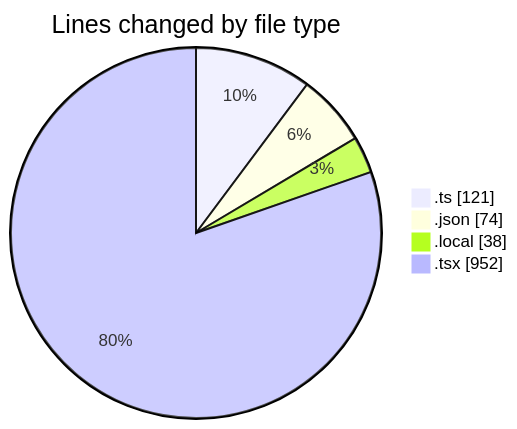
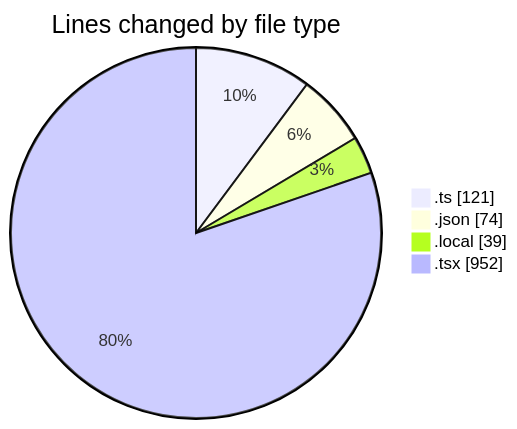
Before and after one commit to julien-gomy/code-tracking: the first of 2 diagrams in 2025-10-23/frontend-cms/README.md, drawn with Mermaid. The commit also changed other lines of this file and 1 other file, not shown here.

````diff
--- a/2025-10-23/frontend-cms/README.md
+++ b/2025-10-23/frontend-cms/README.md
@@ -25,8 +25,8 @@
 ```mermaid
 pie showData
 title Lines changed by file type
 ".ts" : 121
 ".json" : 74
-".local" : 38
+".local" : 39
 ".tsx" : 952
 ```
````
